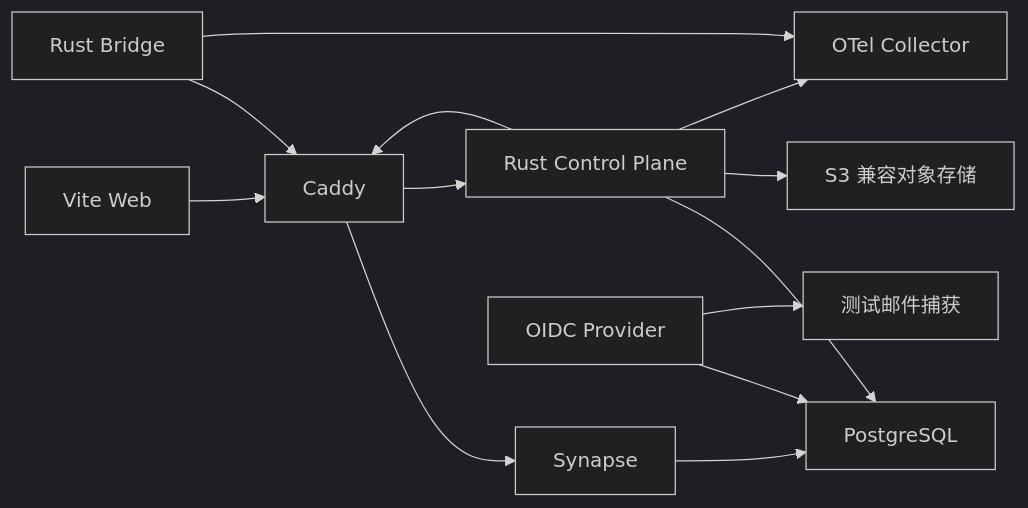
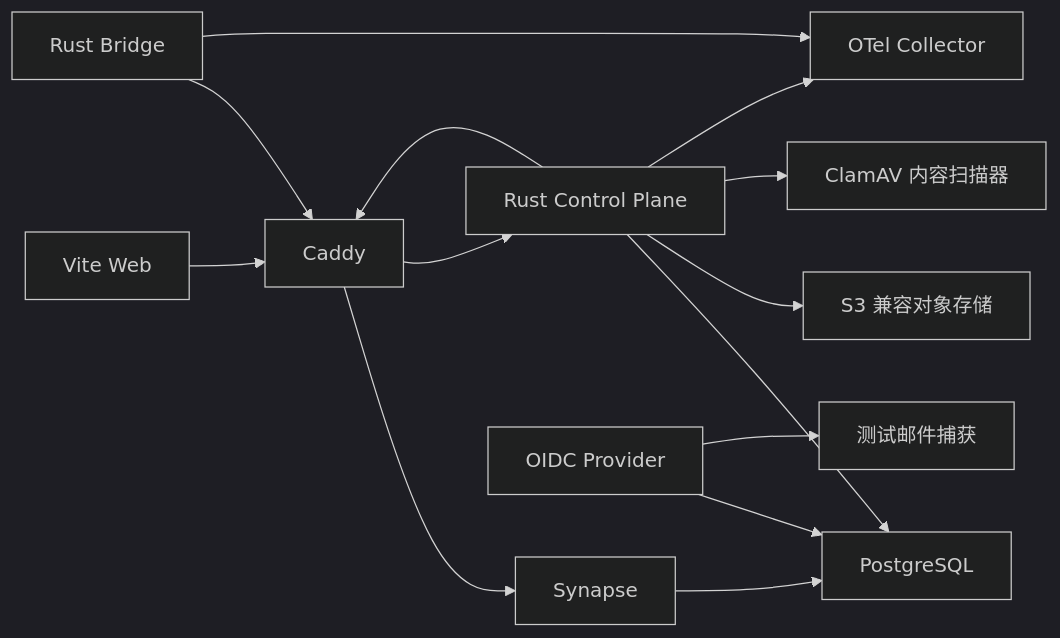
Before and after one commit to rainyflash/agent-room: the diagram in specs/agent-room-foundation/operations.md, drawn with Mermaid (dark theme). The commit also changed other lines of this file and 3 other files, not shown here.

````diff
--- a/specs/agent-room-foundation/operations.md
+++ b/specs/agent-room-foundation/operations.md
@@ -32,26 +32,28 @@
 ```mermaid
 flowchart LR
     Web["Vite Web"]
     Control["Rust Control Plane"]
     Bridge["Rust Bridge"]
     Proxy["Caddy"]
     Synapse["Synapse"]
     Postgres["PostgreSQL"]
     IdP["OIDC Provider"]
     ObjectStore["S3 兼容对象存储"]
+    Scanner["ClamAV 内容扫描器"]
     Mail["测试邮件捕获"]
     OTel["OTel Collector"]
 
     Web --> Proxy
     Control --> Proxy
     Bridge --> Proxy
     Proxy --> Synapse
     Proxy --> Control
     Control --> Postgres
     Synapse --> Postgres
     Control --> ObjectStore
+    Control --> Scanner
     IdP --> Postgres
     IdP --> Mail
     Control --> OTel
     Bridge --> OTel
 ```
````
